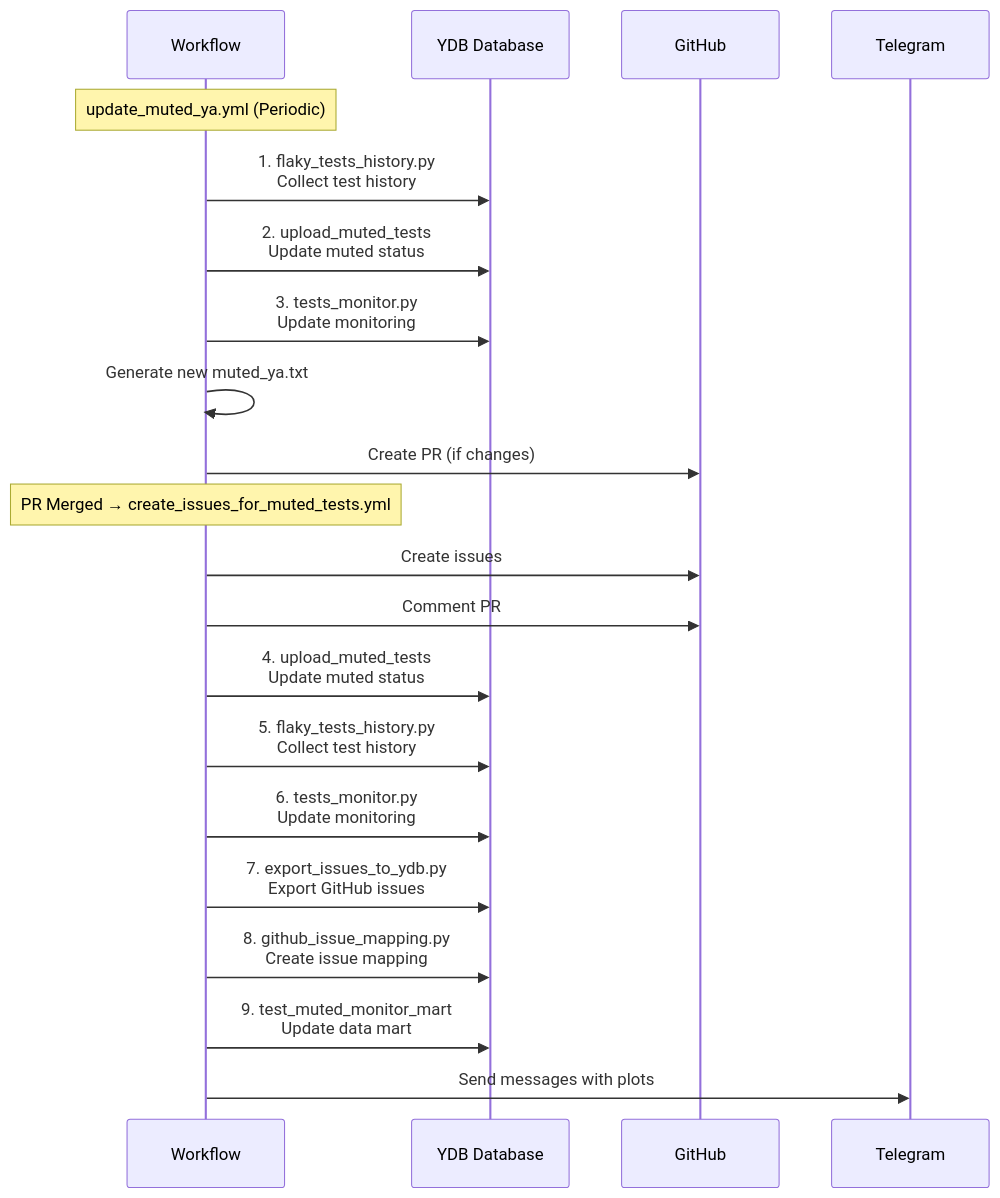
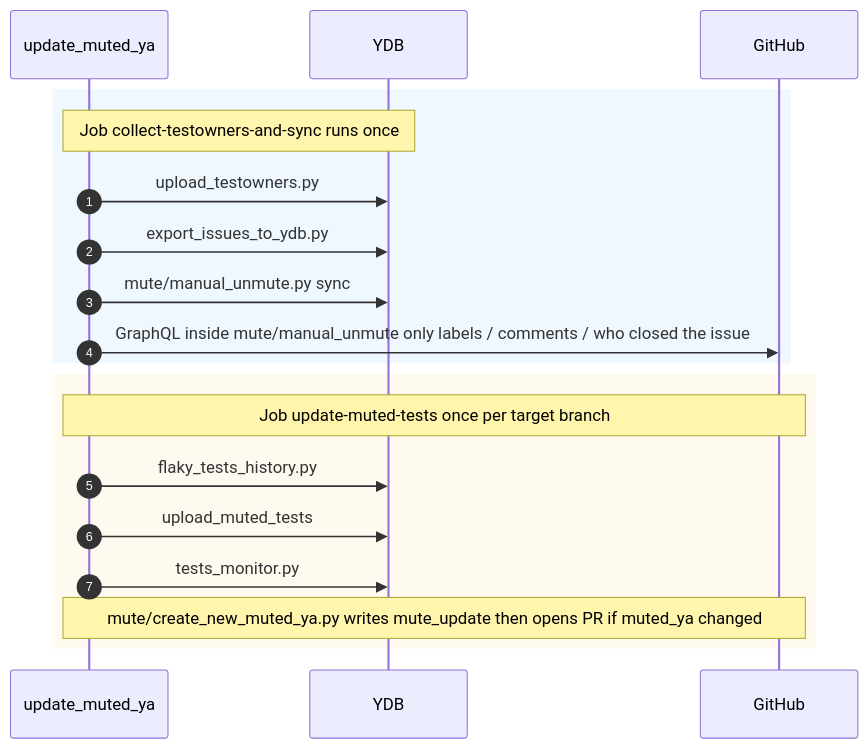
Before and after one commit to ydb-platform/ydb: the second of 4 diagrams in .github/config/mute_rules.md, drawn with Mermaid. The commit also changed other lines of this file and 21 other files, not shown here.

Commit message:
MUTE: Fast unmute  (#38430)

````diff
--- a/.github/config/mute_rules.md
+++ b/.github/config/mute_rules.md
@@ -232,27 +225,23 @@
 ```mermaid
 sequenceDiagram
-    participant W as Workflow
-    participant YDB as YDB Database
+    autonumber
+    participant WF as update_muted_ya
+    participant YDB as YDB
     participant GH as GitHub
-    participant TG as Telegram
-    
-    Note over W: update_muted_ya.yml (Periodic)
-    W->>YDB: 1. flaky_tests_history.py<br/>Collect test history
-    W->>YDB: 2. upload_muted_tests<br/>Update muted status
-    W->>YDB: 3. tests_monitor.py<br/>Update monitoring
-    W->>W: Generate new muted_ya.txt
-    W->>GH: Create PR (if changes)
-    
-    Note over W: PR Merged → create_issues_for_muted_tests.yml
-    W->>GH: Create issues
-    W->>GH: Comment PR
-    
-    W->>YDB: 4. upload_muted_tests<br/>Update muted status
-    W->>YDB: 5. flaky_tests_history.py<br/>Collect test history
-    W->>YDB: 6. tests_monitor.py<br/>Update monitoring
-    W->>YDB: 7. export_issues_to_ydb.py<br/>Export GitHub issues
-    W->>YDB: 8. github_issue_mapping.py<br/>Create issue mapping
-    W->>YDB: 9. test_muted_monitor_mart<br/>Update data mart
-    
-    W->>TG: Send messages with plots
+
+    rect rgb(240, 248, 255)
+        Note over WF,YDB: Job collect-testowners-and-sync runs once
+        WF->>YDB: upload_testowners.py
+        WF->>YDB: export_issues_to_ydb.py
+        WF->>YDB: mute/manual_unmute.py sync
+        WF->>GH: GraphQL inside mute/manual_unmute only labels / comments / who closed the issue
+    end
+
+    rect rgb(255, 250, 240)
+        Note over WF,GH: Job update-muted-tests once per target branch
+        WF->>YDB: flaky_tests_history.py
+        WF->>YDB: upload_muted_tests
+        WF->>YDB: tests_monitor.py
+        Note over WF,GH: mute/create_new_muted_ya.py writes mute_update then opens PR if muted_ya changed
+    end
 ```
````
